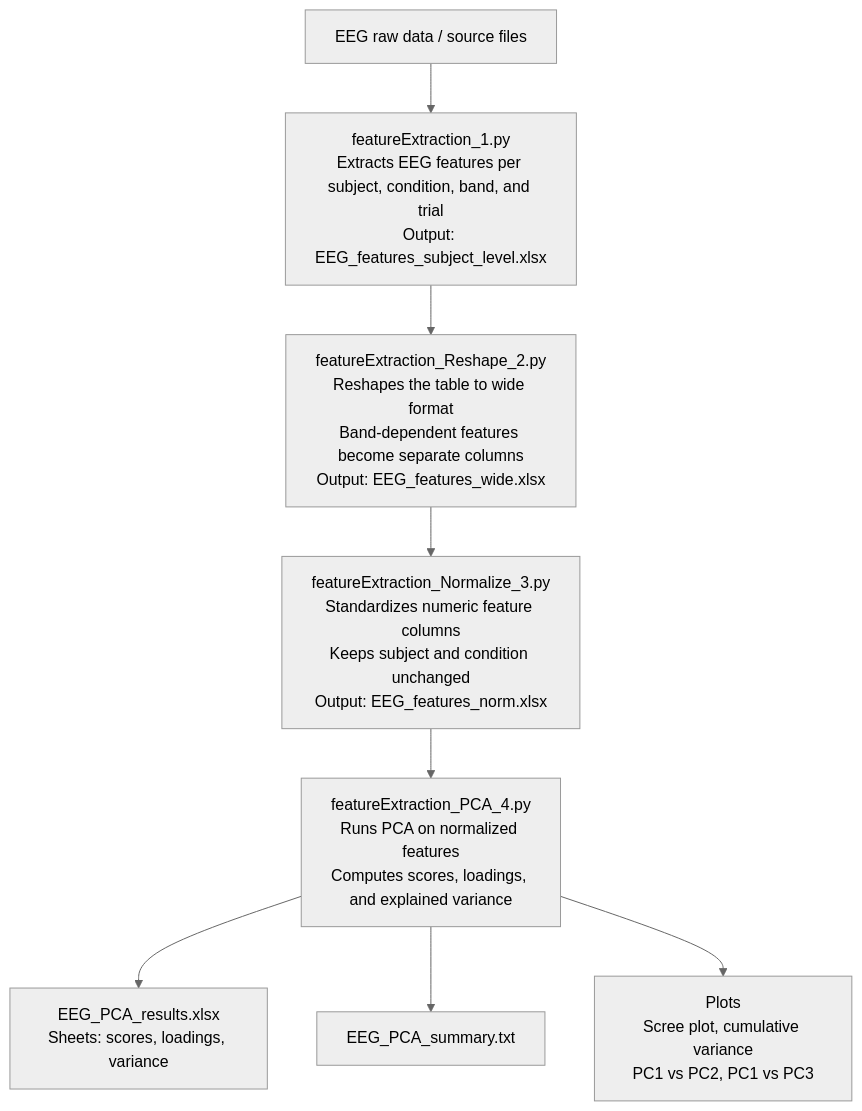
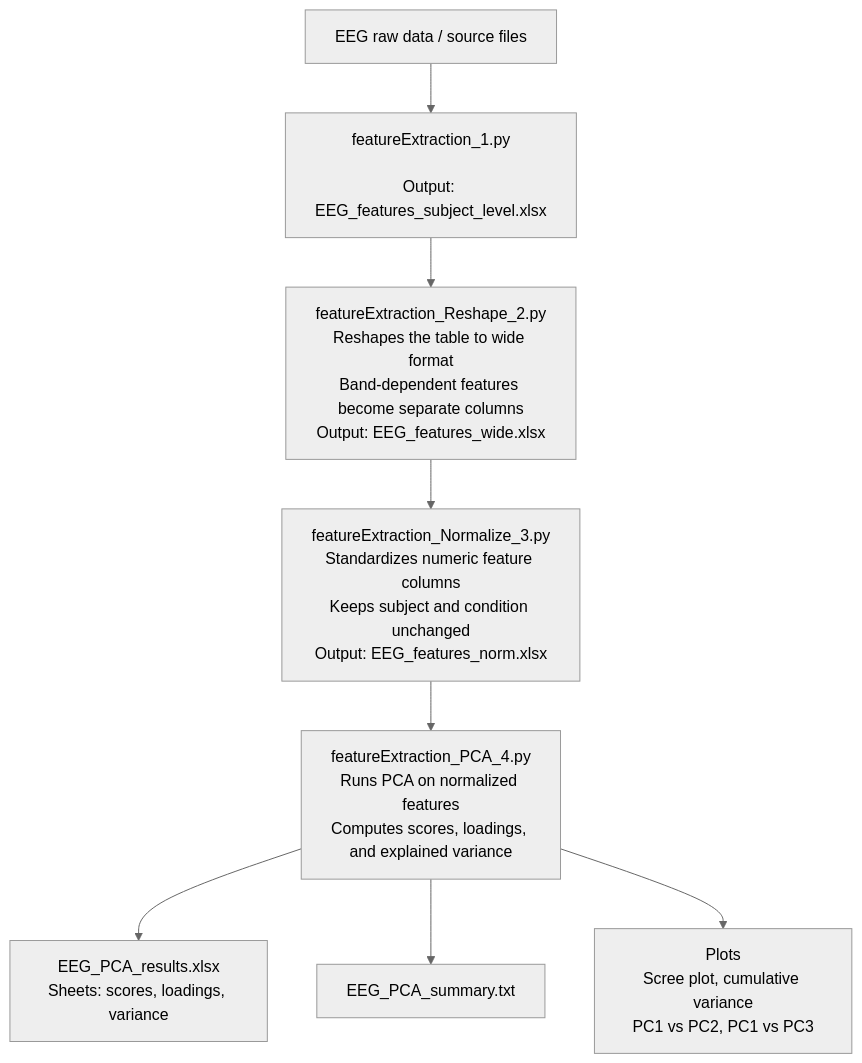
One commit to pedrobenedetti/EEGfeatureExtraction changed the diagram in README.md. Above: the diagram before and after it, drawn with Mermaid (neutral theme).

````diff
--- a/README.md
+++ b/README.md
@@ -89,14 +89,14 @@
 ```mermaid
 flowchart TD
-    A["EEG raw data / source files"] --> B["featureExtraction_1.py<br>Extracts EEG features per subject, condition, band, and trial<br>Output: EEG_features_subject_level.xlsx"]
+    A["EEG raw data / source files"] --> B["featureExtraction_1.py<br><br>Output: EEG_features_subject_level.xlsx"]
 
     B --> C["featureExtraction_Reshape_2.py<br>Reshapes the table to wide format<br>Band-dependent features become separate columns<br>Output: EEG_features_wide.xlsx"]
 
     C --> D["featureExtraction_Normalize_3.py<br>Standardizes numeric feature columns<br>Keeps subject and condition unchanged<br>Output: EEG_features_norm.xlsx"]
 
     D --> E["featureExtraction_PCA_4.py<br>Runs PCA on normalized features<br>Computes scores, loadings, and explained variance"]
 
     E --> F["EEG_PCA_results.xlsx<br>Sheets: scores, loadings, variance"]
     E --> G["EEG_PCA_summary.txt"]
     E --> H["Plots<br>Scree plot, cumulative variance<br>PC1 vs PC2, PC1 vs PC3"]
 ```
````
